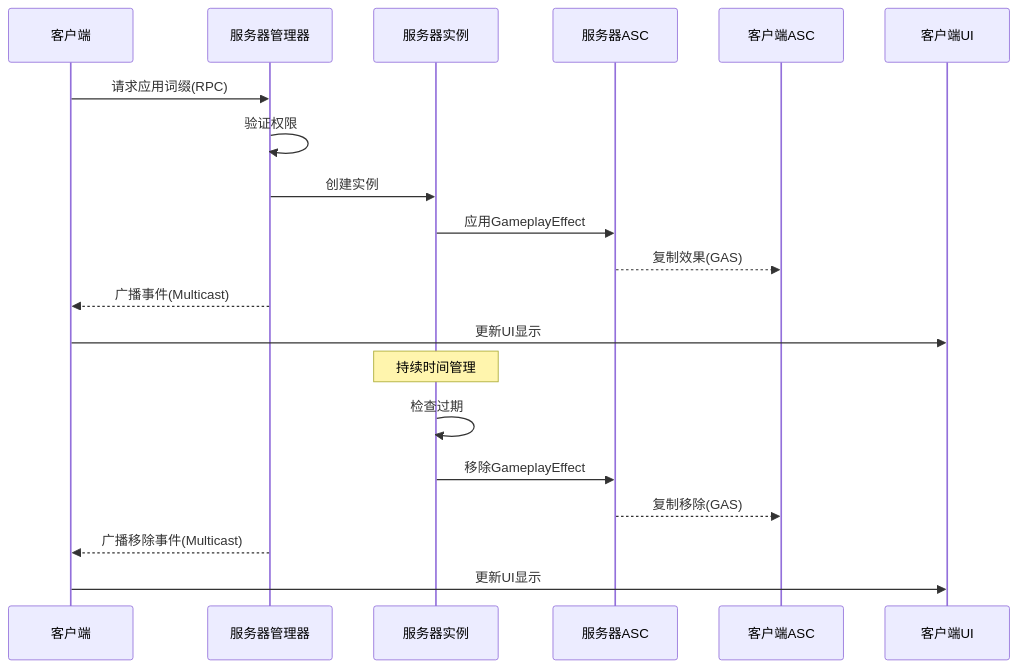
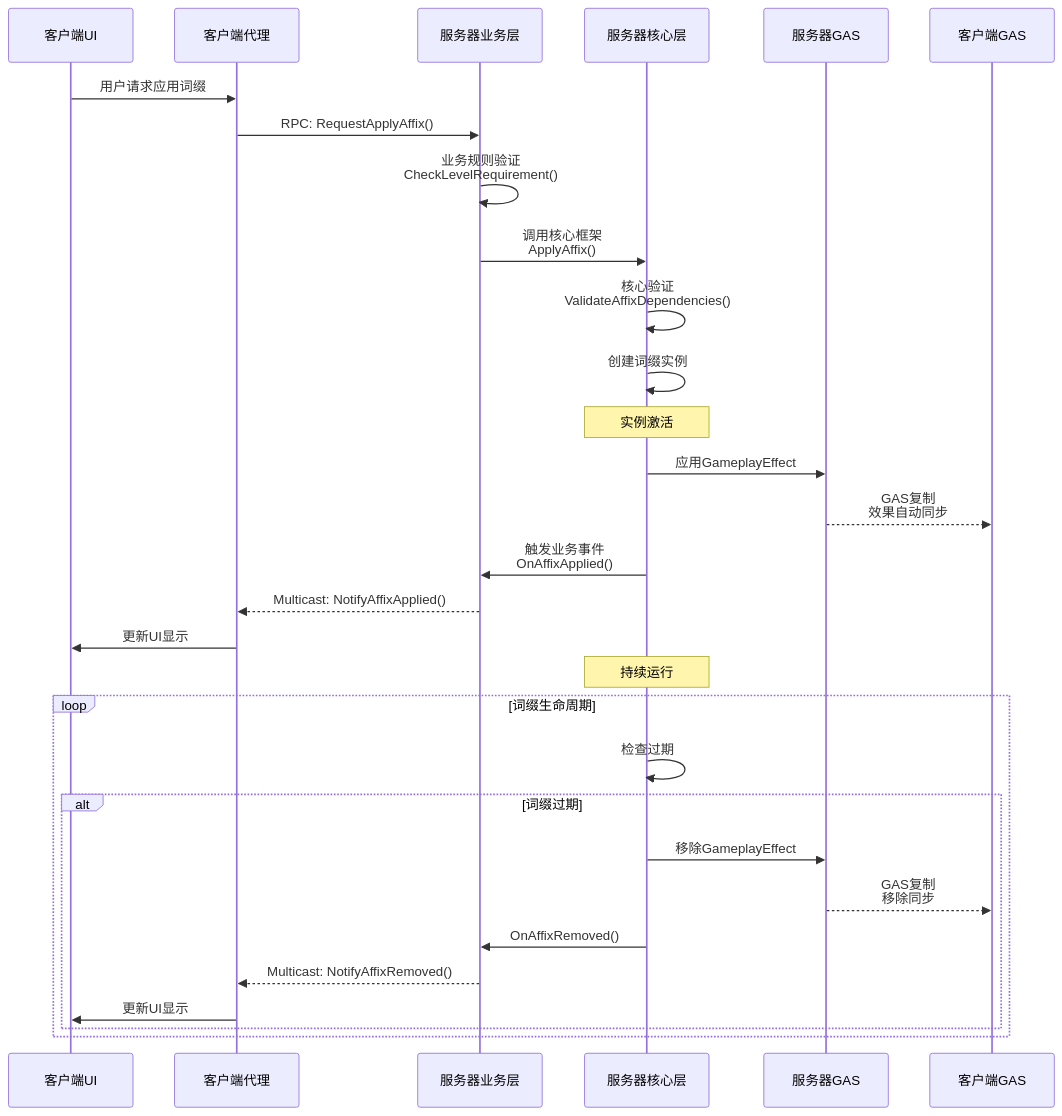
Diagram 12 of 19 in docs/SagaAffix词缀系统程序设计文档.md (ZiJinZiMing/SagaStats), drawn with Mermaid before and after one commit. The commit also changed other lines of this file and 7 other files, not shown here.

````diff
--- a/docs/SagaAffix词缀系统程序设计文档.md
+++ b/docs/SagaAffix词缀系统程序设计文档.md
@@ -771,24 +1093,38 @@
 ```mermaid
 sequenceDiagram
-    participant Client as 客户端
-    participant ServerManager as 服务器管理器
-    participant ServerInstance as 服务器实例
-    participant ServerASC as 服务器ASC
-    participant ClientASC as 客户端ASC
     participant ClientUI as 客户端UI
+    participant ClientProxy as 客户端代理
+    participant ServerBiz as 服务器业务层
+    participant ServerCore as 服务器核心层
+    participant ServerGAS as 服务器GAS
+    participant ClientGAS as 客户端GAS
     
-    Client->>ServerManager: 请求应用词缀(RPC)
-    ServerManager->>ServerManager: 验证权限
-    ServerManager->>ServerInstance: 创建实例
-    ServerInstance->>ServerASC: 应用GameplayEffect
-    ServerASC-->>ClientASC: 复制效果(GAS)
-    ServerManager-->>Client: 广播事件(Multicast)
-    Client->>ClientUI: 更新UI显示
+    ClientUI->>ClientProxy: 用户请求应用词缀
+    ClientProxy->>ServerBiz: RPC: RequestApplyAffix()
     
-    Note over ServerInstance: 持续时间管理
-    ServerInstance->>ServerInstance: 检查过期
-    ServerInstance->>ServerASC: 移除GameplayEffect
-    ServerASC-->>ClientASC: 复制移除(GAS)
-    ServerManager-->>Client: 广播移除事件(Multicast)
-    Client->>ClientUI: 更新UI显示
+    ServerBiz->>ServerBiz: 业务规则验证<br/>CheckLevelRequirement()
+    ServerBiz->>ServerCore: 调用核心框架<br/>ApplyAffix()
+    
+    ServerCore->>ServerCore: 核心验证<br/>ValidateAffixDependencies()
+    ServerCore->>ServerCore: 创建词缀实例
+    
+    Note over ServerCore: 实例激活
+    ServerCore->>ServerGAS: 应用GameplayEffect
+    ServerGAS-->>ClientGAS: GAS复制<br/>效果自动同步
+    
+    ServerCore->>ServerBiz: 触发业务事件<br/>OnAffixApplied()
+    ServerBiz-->>ClientProxy: Multicast: NotifyAffixApplied()
+    ClientProxy->>ClientUI: 更新UI显示
+    
+    Note over ServerCore: 持续运行
+    loop 词缀生命周期
+        ServerCore->>ServerCore: 检查过期
+        alt 词缀过期
+            ServerCore->>ServerGAS: 移除GameplayEffect
+            ServerGAS-->>ClientGAS: GAS复制<br/>移除同步
+            ServerCore->>ServerBiz: OnAffixRemoved()
+            ServerBiz-->>ClientProxy: Multicast: NotifyAffixRemoved()
+            ClientProxy->>ClientUI: 更新UI显示
+        end
+    end
 ```
````
